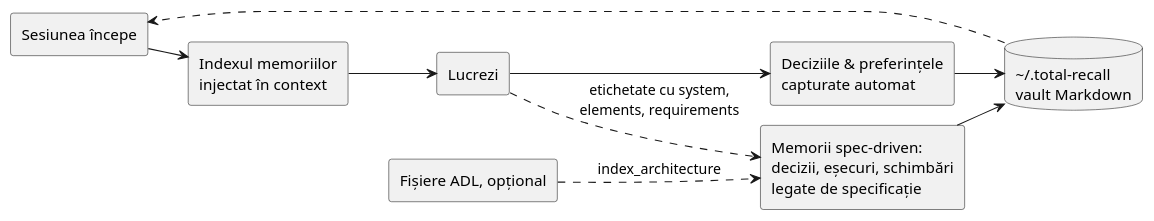
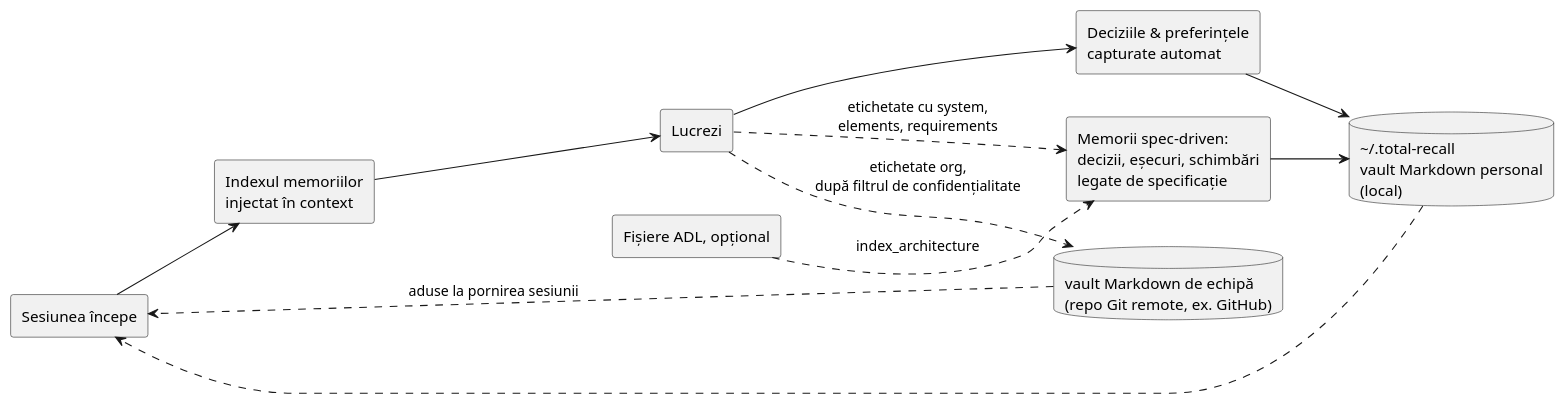
One commit to adrian-balaban/total-recall changed the diagram in docs/diagrams/session-loop-ro.puml. Above: the diagram before and after it, drawn with PlantUML. The commit also changed 31 other files, not shown here.

```diff
--- a/docs/diagrams/session-loop-ro.puml
+++ b/docs/diagrams/session-loop-ro.puml
@@ -1,22 +1,24 @@
 @startuml session-loop-ro
-!pragma layout smetana
 left to right direction
 skinparam shadowing false
 skinparam defaultFontName Helvetica
 
 rectangle "Sesiunea începe" as A
 rectangle "Indexul memoriilor\ninjectat în context" as B
 rectangle "Lucrezi" as C
 rectangle "Deciziile & preferințele\ncapturate automat" as D
-database "<U+007E>/.total-recall\nvault Markdown" as E
+database "<U+007E>/.total-recall\nvault Markdown personal\n(local)" as E
+database "vault Markdown de echipă\n(repo Git remote, ex. GitHub)" as R
 rectangle "Memorii spec-driven:\ndecizii, eșecuri, schimbări\nlegate de specificație" as G
 rectangle "Fișiere ADL, opțional" as Hh
 A --> B
 B --> C
 C --> D
 D --> E
 E ..> A
 C ..> G : etichetate cu system,\nelements, requirements
 G --> E
+C ..> R : etichetate org,\ndupă filtrul de confidențialitate
+R ..> A : aduse la pornirea sesiunii
 Hh ..> G : index_architecture
 @enduml
```
